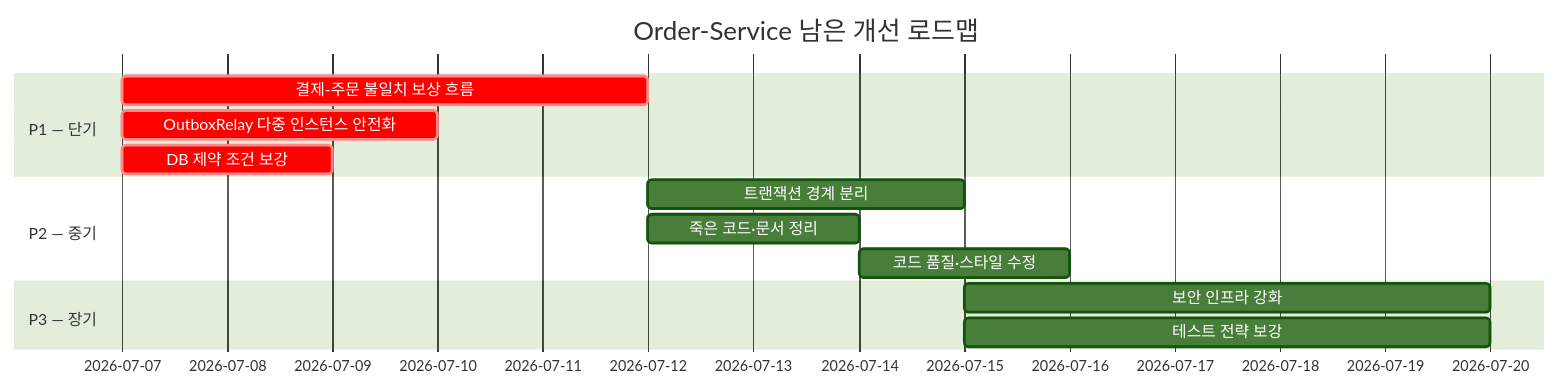
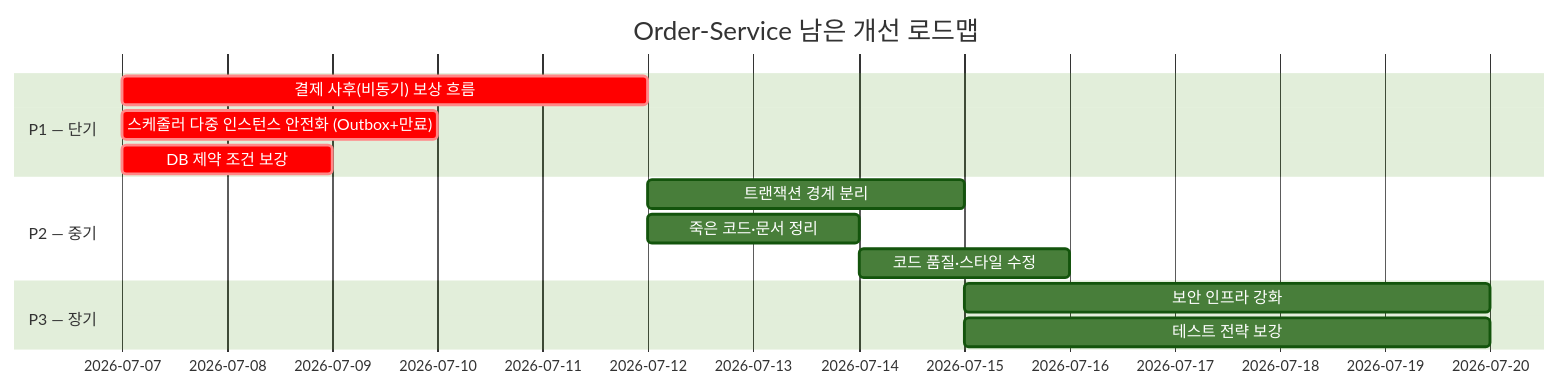
The diagram in order-service/report.md (prgrms-be-adv-devcourse/beadv6_6_3JMT_BE), drawn with Mermaid (forest theme) before and after one commit. The commit also changed other lines of this file, not shown here.

````diff
--- a/order-service/report.md
+++ b/order-service/report.md
@@ -258,16 +133,16 @@
 ```mermaid
 gantt
     title Order-Service 남은 개선 로드맵
     dateFormat  YYYY-MM-DD
     section P1 — 단기
-    결제-주문 불일치 보상 흐름           :crit, p1-1, 2026-07-07, 5d
-    OutboxRelay 다중 인스턴스 안전화    :crit, p1-2, 2026-07-07, 3d
+    결제 사후(비동기) 보상 흐름           :crit, p1-1, 2026-07-07, 5d
+    스케줄러 다중 인스턴스 안전화 (Outbox+만료) :crit, p1-2, 2026-07-07, 3d
     DB 제약 조건 보강                   :crit, p1-3, 2026-07-07, 2d
     section P2 — 중기
     트랜잭션 경계 분리                  :p2-1, after p1-1, 3d
     죽은 코드·문서 정리                 :p2-2, after p1-1, 2d
     코드 품질·스타일 수정               :p2-3, after p2-2, 2d
     section P3 — 장기
     보안 인프라 강화                    :p3-1, after p2-1, 5d
     테스트 전략 보강                    :p3-2, after p2-1, 5d
 ```
````
